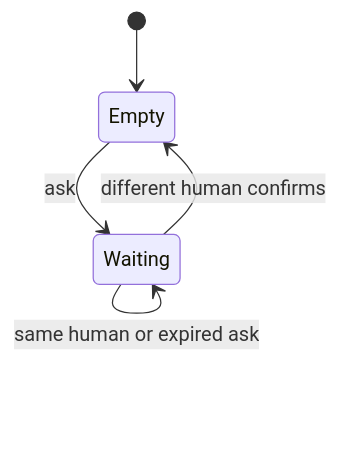
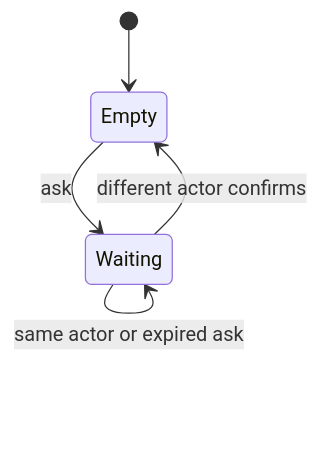
Before and after one commit to mysticalsin/secondary: the fourth of 20 diagrams in docs/state-machines.md, drawn with Mermaid. The commit also changed other lines of this file and 10 other files, not shown here.

````diff
--- a/docs/state-machines.md
+++ b/docs/state-machines.md
@@ -300,7 +308,7 @@
 ```mermaid
 stateDiagram-v2
   [*] --> Empty
   Empty --> Waiting: ask
-  Waiting --> Waiting: same human or expired ask
-  Waiting --> Empty: different human confirms
+  Waiting --> Waiting: same actor or expired ask
+  Waiting --> Empty: different actor confirms
 ```
````
